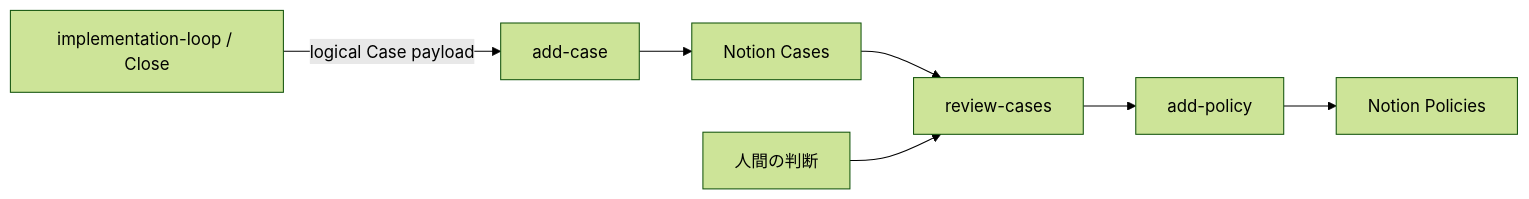
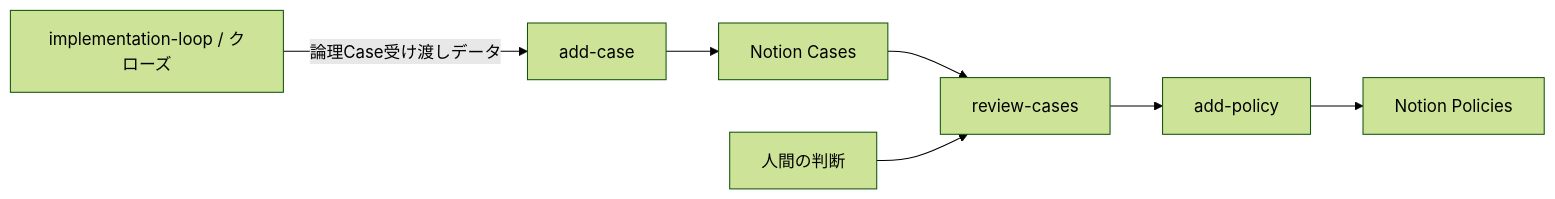
Before and after one commit to hnishim/harness: the second of 2 diagrams in agent-development-workflow.md, drawn with Mermaid (forest theme). The commit also changed other lines of this file and 24 other files, not shown here.

````diff
--- a/agent-development-workflow.md
+++ b/agent-development-workflow.md
@@ -156,9 +156,9 @@
 ```mermaid
 flowchart LR
-    W[implementation-loop / Close] -->|logical Case payload| AC[add-case]
+    W[implementation-loop / クローズ] -->|論理Case受け渡しデータ| AC[add-case]
     AC --> C[Notion Cases]
     C --> R[review-cases]
     H[人間の判断] --> R
     R --> AP[add-policy]
     AP --> P[Notion Policies]
 ```
````
